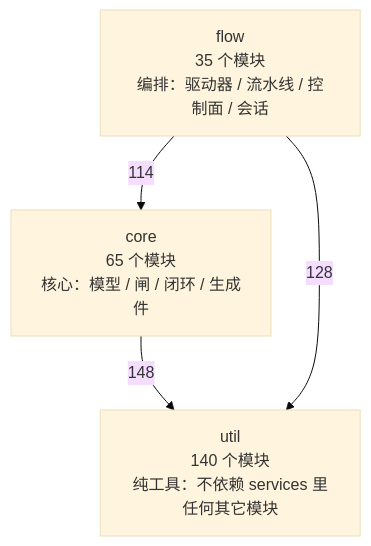
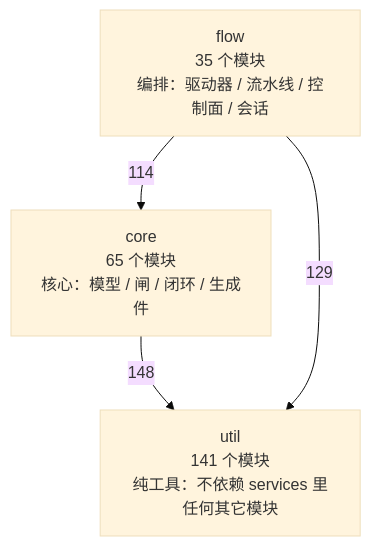
Before and after one commit to 2686521696/WhyBuddy: the first of 4 diagrams in docs/SlideRule V6.2 架构图（自动生成）.md, drawn with Mermaid (base theme). The commit also changed other lines of this file and 6 other files, not shown here.

````diff
--- a/docs/SlideRule V6.2 架构图（自动生成）.md
+++ b/docs/SlideRule V6.2 架构图（自动生成）.md
@@ -50,9 +50,9 @@
 ```mermaid
 flowchart TB
-  util["util<br/>140 个模块<br/>纯工具：不依赖 services 里任何其它模块"]
+  util["util<br/>141 个模块<br/>纯工具：不依赖 services 里任何其它模块"]
   core["core<br/>65 个模块<br/>核心：模型 / 闸 / 闭环 / 生成件"]
   flow["flow<br/>35 个模块<br/>编排：驱动器 / 流水线 / 控制面 / 会话"]
   core -->|148| util
   flow -->|114| core
-  flow -->|128| util
+  flow -->|129| util
 ```
````
